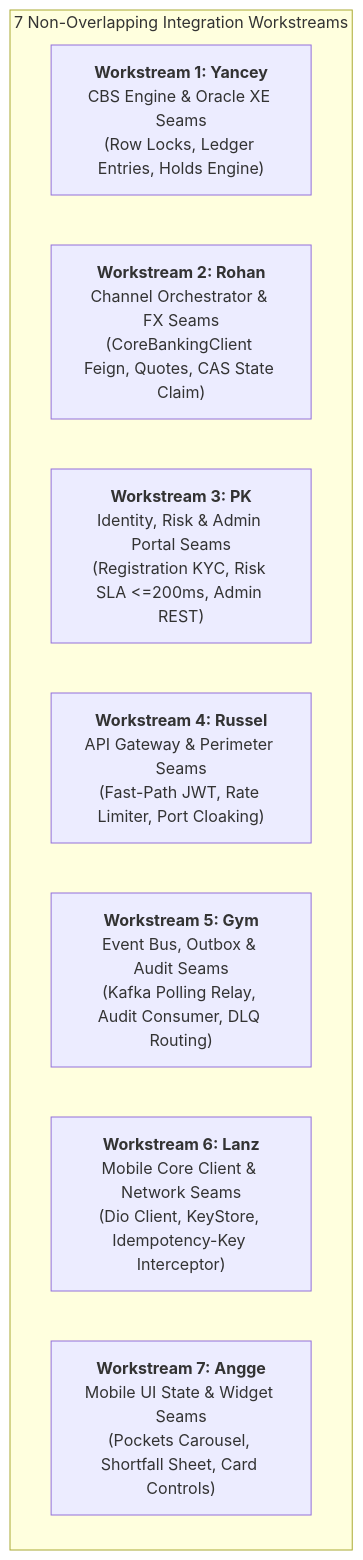
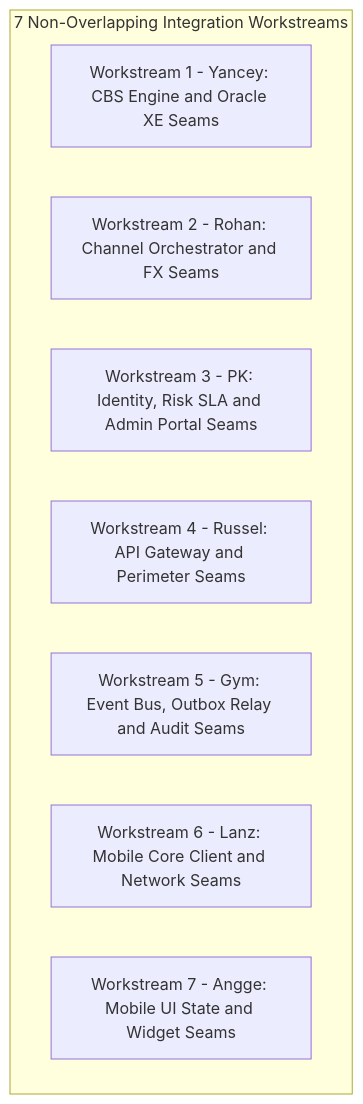
Before and after one commit to integrated-capstone-group-1/cloud-staging-test: the diagram in docs/INTEGRATION_TEST_PLAN.md, drawn with Mermaid. The commit also changed 4 other files, not shown here.

Commit message:
docs: Mermaid diagram rendering

````diff
--- a/docs/INTEGRATION_TEST_PLAN.md
+++ b/docs/INTEGRATION_TEST_PLAN.md
@@ -21,12 +21,12 @@
 ```mermaid
 flowchart TD
     subgraph ParallelIntegration["7 Non-Overlapping Integration Workstreams"]
-        W1["<b>Workstream 1: Yancey</b><br/>CBS Engine & Oracle XE Seams<br/>(Row Locks, Ledger Entries, Holds Engine)"]
-        W2["<b>Workstream 2: Rohan</b><br/>Channel Orchestrator & FX Seams<br/>(CoreBankingClient Feign, Quotes, CAS State Claim)"]
-        W3["<b>Workstream 3: PK</b><br/>Identity, Risk & Admin Portal Seams<br/>(Registration KYC, Risk SLA <=200ms, Admin REST)"]
-        W4["<b>Workstream 4: Russel</b><br/>API Gateway & Perimeter Seams<br/>(Fast-Path JWT, Rate Limiter, Port Cloaking)"]
-        W5["<b>Workstream 5: Gym</b><br/>Event Bus, Outbox & Audit Seams<br/>(Kafka Polling Relay, Audit Consumer, DLQ Routing)"]
-        W6["<b>Workstream 6: Lanz</b><br/>Mobile Core Client & Network Seams<br/>(Dio Client, KeyStore, Idempotency-Key Interceptor)"]
-        W7["<b>Workstream 7: Angge</b><br/>Mobile UI State & Widget Seams<br/>(Pockets Carousel, Shortfall Sheet, Card Controls)"]
+        W1["Workstream 1 - Yancey: CBS Engine and Oracle XE Seams"]
+        W2["Workstream 2 - Rohan: Channel Orchestrator and FX Seams"]
+        W3["Workstream 3 - PK: Identity, Risk SLA and Admin Portal Seams"]
+        W4["Workstream 4 - Russel: API Gateway and Perimeter Seams"]
+        W5["Workstream 5 - Gym: Event Bus, Outbox Relay and Audit Seams"]
+        W6["Workstream 6 - Lanz: Mobile Core Client and Network Seams"]
+        W7["Workstream 7 - Angge: Mobile UI State and Widget Seams"]
     end
 ```
````
